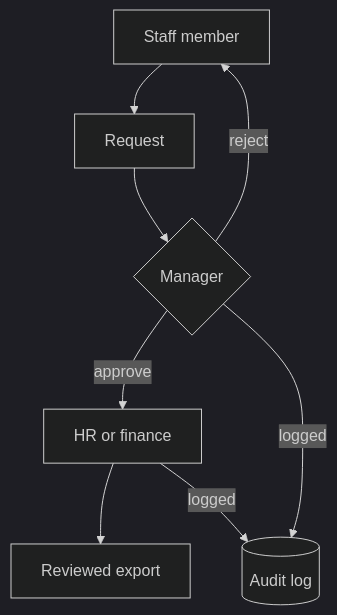
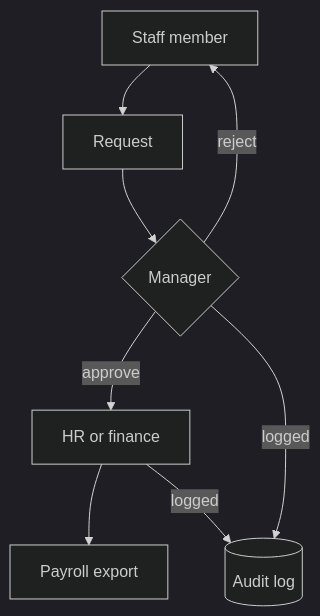
Before and after one commit to Mohanad1st/lfw-hr-system-showcase: the diagram in README.md, drawn with Mermaid (dark theme). The commit also changed other lines of this file and 1 other file, not shown here.

````diff
--- a/README.md
+++ b/README.md
@@ -28,12 +25,12 @@
 ```mermaid
 flowchart TD
   accTitle: How a request moves through the HR system
-  accDescr: A staff member checks in or makes a request, a manager approves or rejects it with a comment, approved items go to HR or finance and then to a reviewed payroll export, and approvals are logged.
+  accDescr: A staff member checks in or makes a request, a manager approves or rejects it with a comment, approved items go to HR or finance and then to a payroll export, and approvals are logged.
   S[Staff member] --> R[Request]
   R --> M{Manager}
   M -- reject --> S
   M -- approve --> H[HR or finance]
-  H --> E[Reviewed export]
+  H --> E[Payroll export]
   M -- logged --> L[(Audit log)]
   H -- logged --> L
 ```
````
